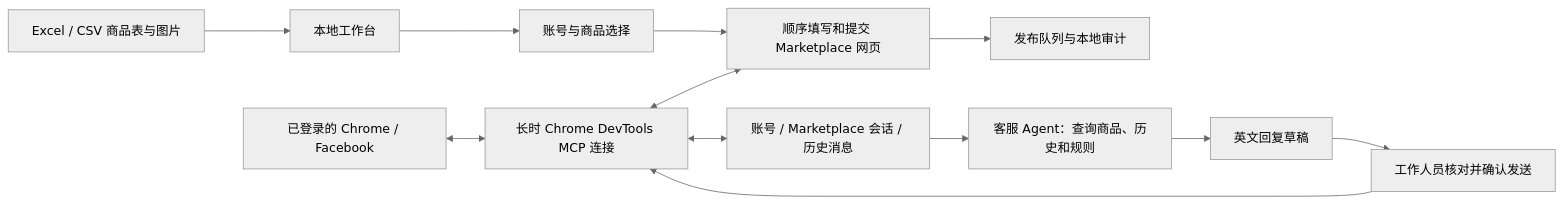
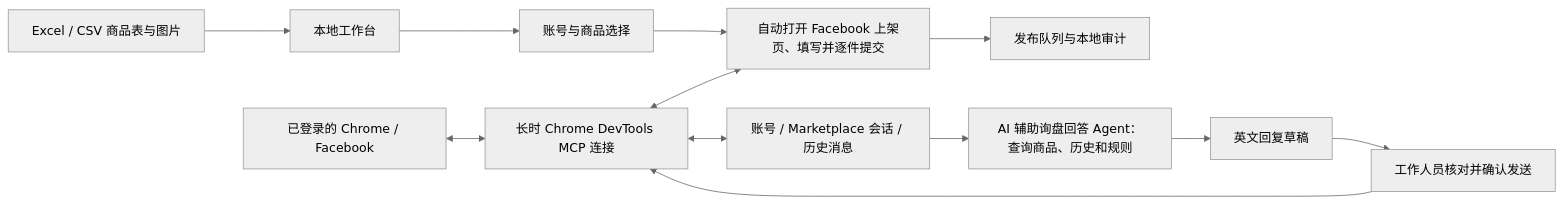
Before and after one commit to BaryyAoAo/marketplace-operations-workbench: the diagram in README.md, drawn with Mermaid (neutral theme). The commit also changed other lines of this file, not shown here.

Commit message:
Document browser automation and AI reply agent

````diff
--- a/README.md
+++ b/README.md
@@ -32,14 +41,14 @@
 ```mermaid
 flowchart LR
     A[Excel / CSV 商品表与图片] --> B[本地工作台]
     C[已登录的 Chrome / Facebook] <--> D[长时 Chrome DevTools MCP 连接]
     B --> E[账号与商品选择]
-    E --> F[顺序填写和提交 Marketplace 网页]
+    E --> F[自动打开 Facebook 上架页、填写并逐件提交]
     D <--> F
     F --> G[发布队列与本地审计]
     D <--> H[账号 / Marketplace 会话 / 历史消息]
-    H --> I[客服 Agent：查询商品、历史和规则]
+    H --> I[AI 辅助询盘回答 Agent：查询商品、历史和规则]
     I --> J[英文回复草稿]
     J --> K[工作人员核对并确认发送]
     K --> D
 ```
````
